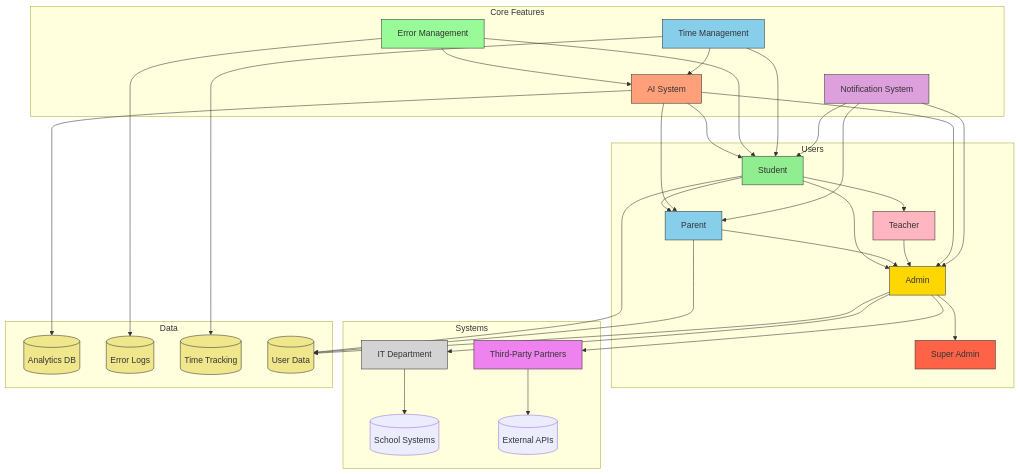
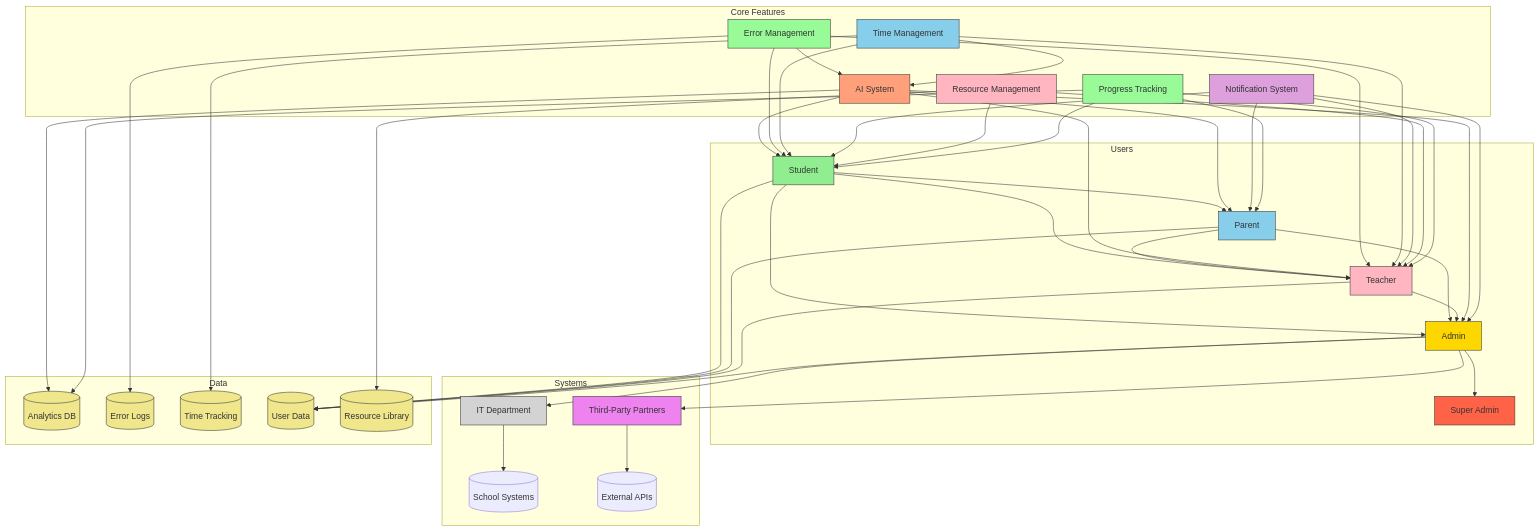
One commit to zane0623/new changed the diagram in prd.md. Above: the diagram before and after it, drawn with Mermaid. The commit also changed other lines of this file and 20 other files, not shown here.

````diff
--- a/prd.md
+++ b/prd.md
@@ -17,61 +17,78 @@
 ```mermaid
 graph TD
     subgraph Users
         A[Student] --> B[Parent]
         A --> C[Teacher]
         A --> D[Admin]
+        B --> C
         B --> D
         C --> D
         D --> E[Super Admin]
     end
 
     subgraph Systems
         F[IT Department] --> H[(School Systems)]
         D --> F
         D --> G[Third-Party Partners]
         G --> I[(External APIs)]
     end
 
     subgraph Core Features
         J[AI System] --> A
         J --> B
+        J --> C
         J --> D
         K[Error Management] --> A
         K --> J
+        K --> C
         L[Time Management] --> A
         L --> J
+        L --> C
         M[Notification System] --> A
         M --> B
+        M --> C
         M --> D
+        N[Resource Management] --> C
+        N --> A
+        O[Progress Tracking] --> C
+        O --> B
+        O --> A
     end
 
     subgraph Data
-        N[(Analytics DB)]
-        O[(Error Logs)]
-        P[(Time Tracking)]
-        Q[(User Data)]
+        P[(Analytics DB)]
+        Q[(Error Logs)]
+        R[(Time Tracking)]
+        S[(User Data)]
+        T[(Resource Library)]
     end
 
-    J --> N
-    K --> O
-    L --> P
-    A --> Q
-    B --> Q
-    D --> Q
+    J --> P
+    K --> Q
+    L --> R
+    A --> S
+    B --> S
+    C --> S
+    D --> S
+    N --> T
+    O --> P
     
     style A fill:#90EE90,stroke:#333
     style B fill:#87CEEB,stroke:#333
     style C fill:#FFB6C1,stroke:#333
     style D fill:#FFD700,stroke:#333
     style E fill:#FF6347,stroke:#333
     style F fill:#D3D3D3,stroke:#333
     style G fill:#EE82EE,stroke:#333
     style J fill:#FFA07A,stroke:#333
     style K fill:#98FB98,stroke:#333
     style L fill:#87CEEB,stroke:#333
     style M fill:#DDA0DD,stroke:#333
-    style N fill:#F0E68C,stroke:#333
-    style O fill:#F0E68C,stroke:#333
+    style N fill:#FFB6C1,stroke:#333
+    style O fill:#98FB98,stroke:#333
     style P fill:#F0E68C,stroke:#333
     style Q fill:#F0E68C,stroke:#333
+    style R fill:#F0E68C,stroke:#333
+    style S fill:#F0E68C,stroke:#333
+    style T fill:#F0E68C,stroke:#333
 ```
````
